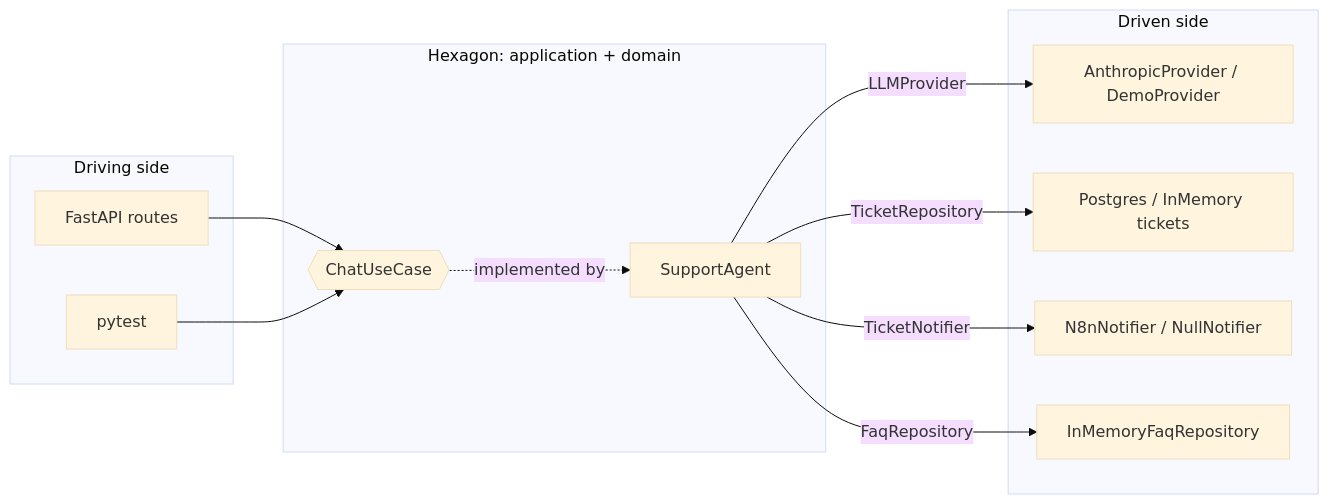
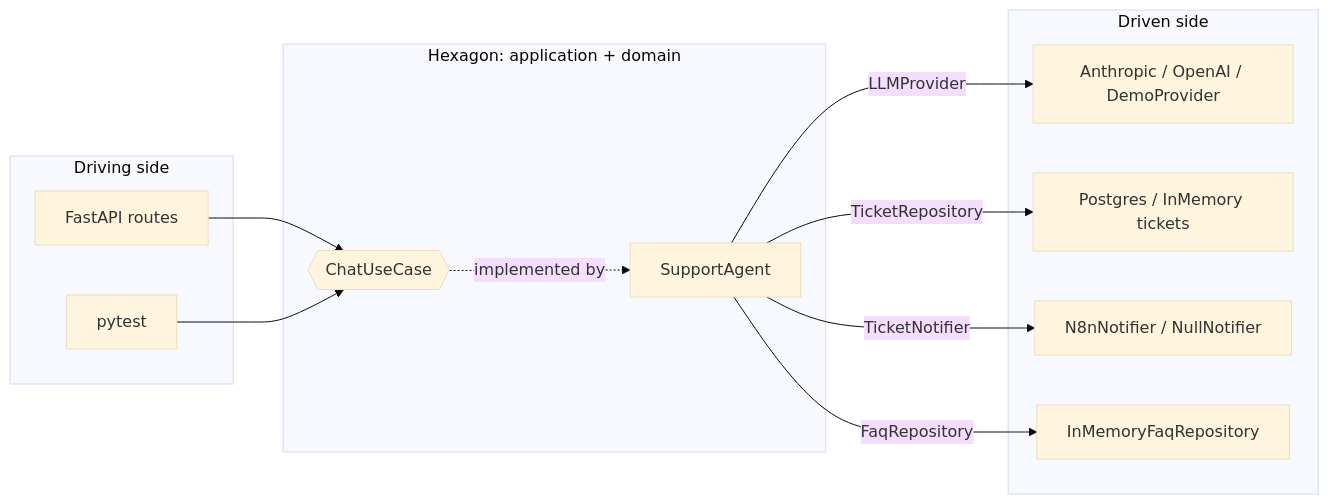
One commit to Goncar29/ai-support-assistant changed the third of 4 diagrams in ARCHITECTURE.md. Above: the diagram before and after it, drawn with Mermaid (base theme). The commit also changed other lines of this file and 8 other files, not shown here.

First line of the commit message:
feat(backend): add an OpenAI provider selected by LLM_PROVIDER

````diff
--- a/ARCHITECTURE.md
+++ b/ARCHITECTURE.md
@@ -74,24 +74,24 @@
 ```mermaid
 flowchart LR
     subgraph Driving["Driving side"]
         HTTP[FastAPI routes]
         T[pytest]
     end
     subgraph Core["Hexagon: application + domain"]
         UC{{ChatUseCase}}
         AG[SupportAgent]
         UC -.implemented by.-> AG
     end
     subgraph Driven["Driven side"]
-        L[AnthropicProvider / DemoProvider]
+        L[Anthropic / OpenAI / DemoProvider]
         R[Postgres / InMemory tickets]
         N[N8nNotifier / NullNotifier]
         F[InMemoryFaqRepository]
     end
     HTTP --> UC
     T --> UC
     AG -- LLMProvider --> L
     AG -- TicketRepository --> R
     AG -- TicketNotifier --> N
     AG -- FaqRepository --> F
 ```
````
